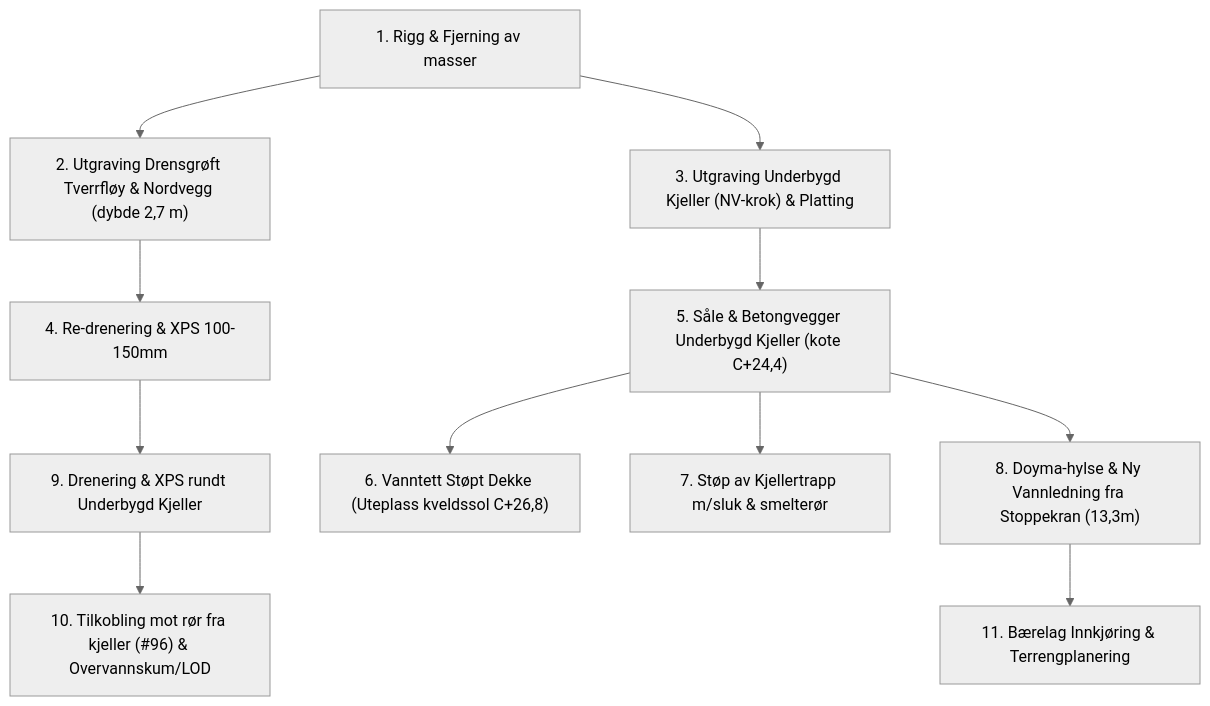
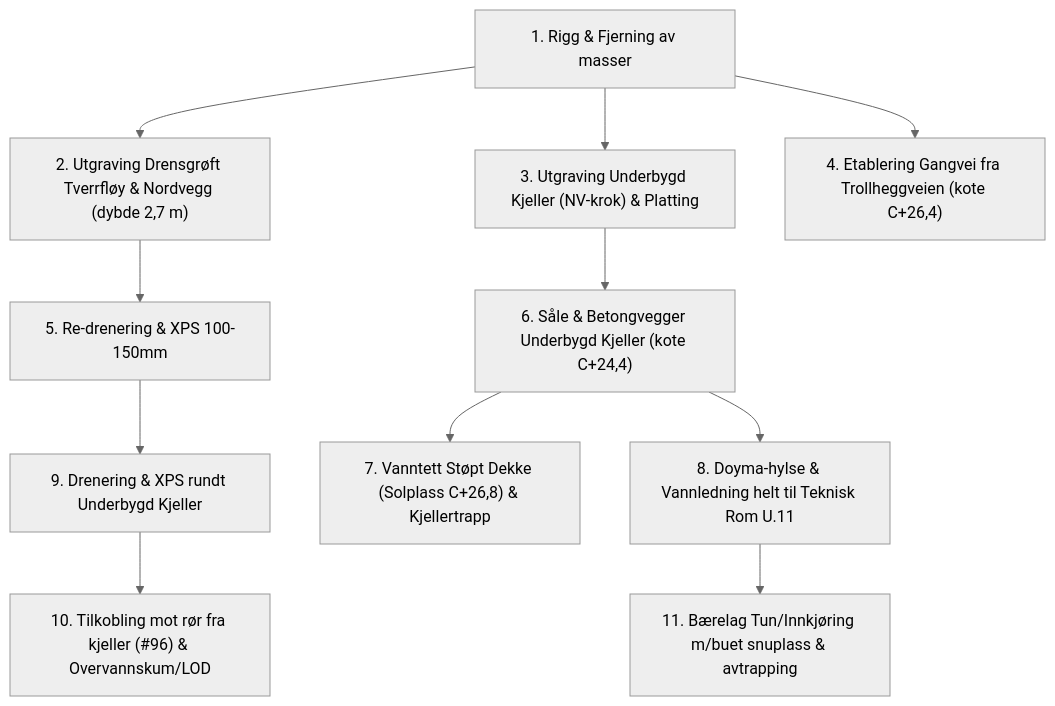
The diagram in docs/ANBUDSFORESPORSEL_GRUNNARBEIDER_NORD.md (magnuskiro/m6), drawn with Mermaid (neutral theme) before and after one commit. The commit also changed other lines of this file and 2 other files, not shown here.

First line of the commit message:
feat(nord): oppdater planskisse m/gangvei fra Trollheggveien, vann til teknisk rom, buet tun & koter (#92)

````diff
--- a/docs/ANBUDSFORESPORSEL_GRUNNARBEIDER_NORD.md
+++ b/docs/ANBUDSFORESPORSEL_GRUNNARBEIDER_NORD.md
@@ -58,13 +73,13 @@
 ```mermaid
 flowchart TD
     A["1. Rigg & Fjerning av masser"] --> B["2. Utgraving Drensgrøft Tverrfløy & Nordvegg (dybde 2,7 m)"]
     A --> C["3. Utgraving Underbygd Kjeller (NV-krok) & Platting"]
-    B --> D["4. Re-drenering & XPS 100-150mm"]
-    C --> E["5. Såle & Betongvegger Underbygd Kjeller (kote C+24,4)"]
-    E --> F["6. Vanntett Støpt Dekke (Uteplass kveldssol C+26,8)"]
-    E --> G["7. Støp av Kjellertrapp m/sluk & smelterør"]
-    E --> H["8. Doyma-hylse & Ny Vannledning fra Stoppekran (13,3m)"]
+    A --> G["4. Etablering Gangvei fra Trollheggveien (kote C+26,4)"]
+    B --> D["5. Re-drenering & XPS 100-150mm"]
+    C --> E["6. Såle & Betongvegger Underbygd Kjeller (kote C+24,4)"]
+    E --> F["7. Vanntett Støpt Dekke (Solplass C+26,8) & Kjellertrapp"]
+    E --> H["8. Doyma-hylse & Vannledning helt til Teknisk Rom U.11"]
     D --> I["9. Drenering & XPS rundt Underbygd Kjeller"]
     I --> J["10. Tilkobling mot rør fra kjeller (#96) & Overvannskum/LOD"]
-    H --> K["11. Bærelag Innkjøring & Terrengplanering"]
+    H --> K["11. Bærelag Tun/Innkjøring m/buet snuplass & avtrapping"]
 ```
````
